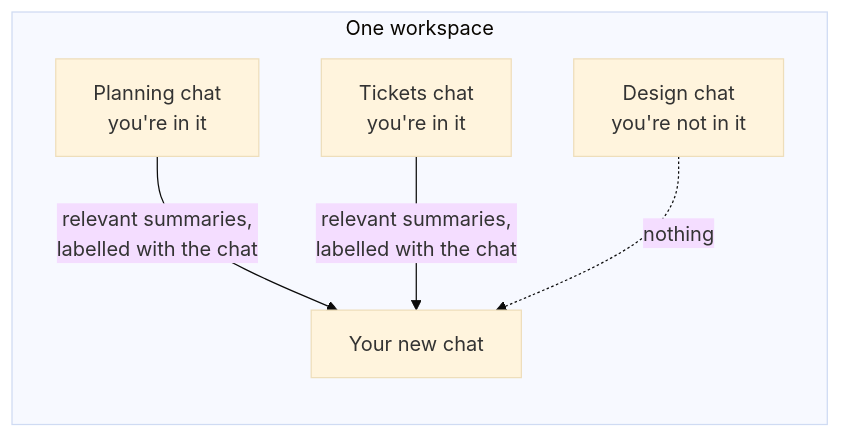
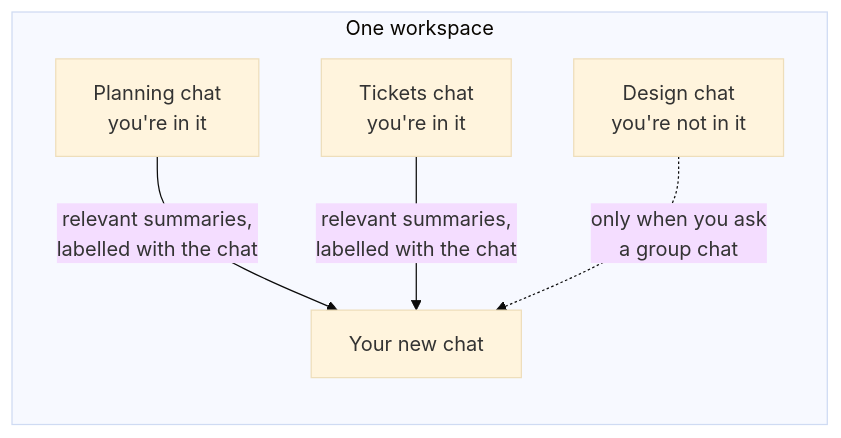
The seventh of 8 diagrams in memory-under-the-hood.mdx (shapesinc/docs), drawn with Mermaid (base theme) before and after one commit. The commit also changed other lines of this file and 44 other files, not shown here.

````diff
--- a/memory-under-the-hood.mdx
+++ b/memory-under-the-hood.mdx
@@ -186,12 +188,12 @@
 ```mermaid
 flowchart LR
   subgraph WS["One workspace"]
     A["Planning chat<br/>you're in it"]
     B["Tickets chat<br/>you're in it"]
     Cc["Design chat<br/>you're not in it"]
     D["Your new chat"]
   end
   A -- "relevant summaries,<br/>labelled with the chat" --> D
   B -- "relevant summaries,<br/>labelled with the chat" --> D
-  Cc -. "nothing" .-> D
+  Cc -. "only when you ask<br/>a group chat" .-> D
 ```
````
